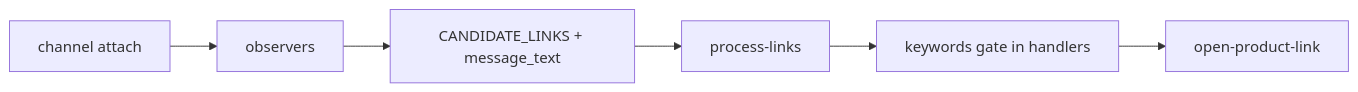
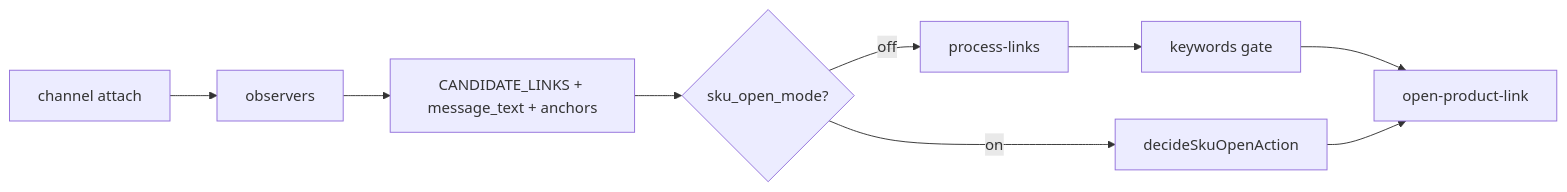
Before and after one commit to Quarks-1/CookieScripts: the diagram in extension/domains/discord/AGENTS.md, drawn with Mermaid. The commit also changed other lines of this file and 38 other files, not shown here.

First line of the commit message:
Add SKU open mode for Target restock alerts.

````diff
--- a/extension/domains/discord/AGENTS.md
+++ b/extension/domains/discord/AGENTS.md
@@ -18,8 +18,11 @@
 ```mermaid
 flowchart LR
   attach[channel attach] --> observer[observers]
-  observer --> candidates[CANDIDATE_LINKS + message_text]
-  candidates --> processLinks[process-links]
-  processLinks --> keywordGate[keywords gate in handlers]
+  observer --> candidates[CANDIDATE_LINKS + message_text + anchors]
+  candidates --> mode{sku_open_mode?}
+  mode -->|off| processLinks[process-links]
+  processLinks --> keywordGate[keywords gate]
+  mode -->|on| skuWatch[decideSkuOpenAction]
   keywordGate --> openTab[open-product-link]
+  skuWatch --> openTab
 ```
````
